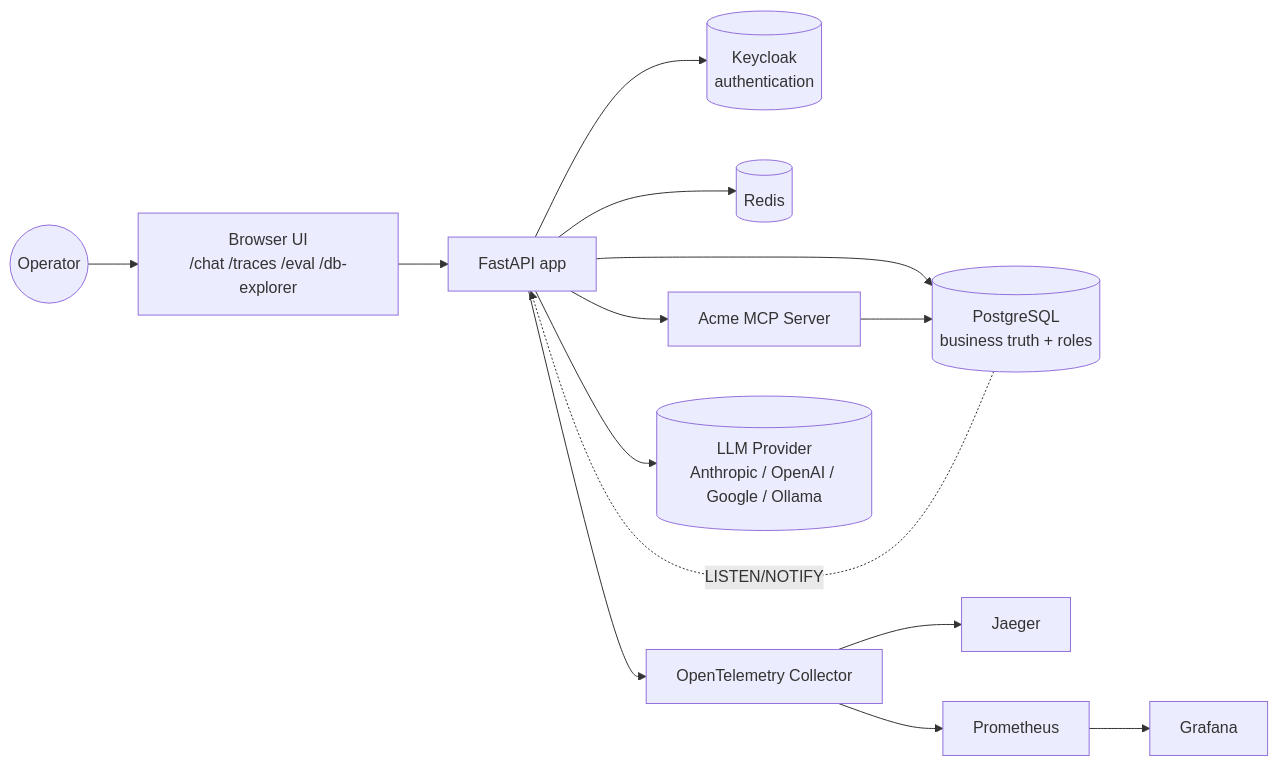
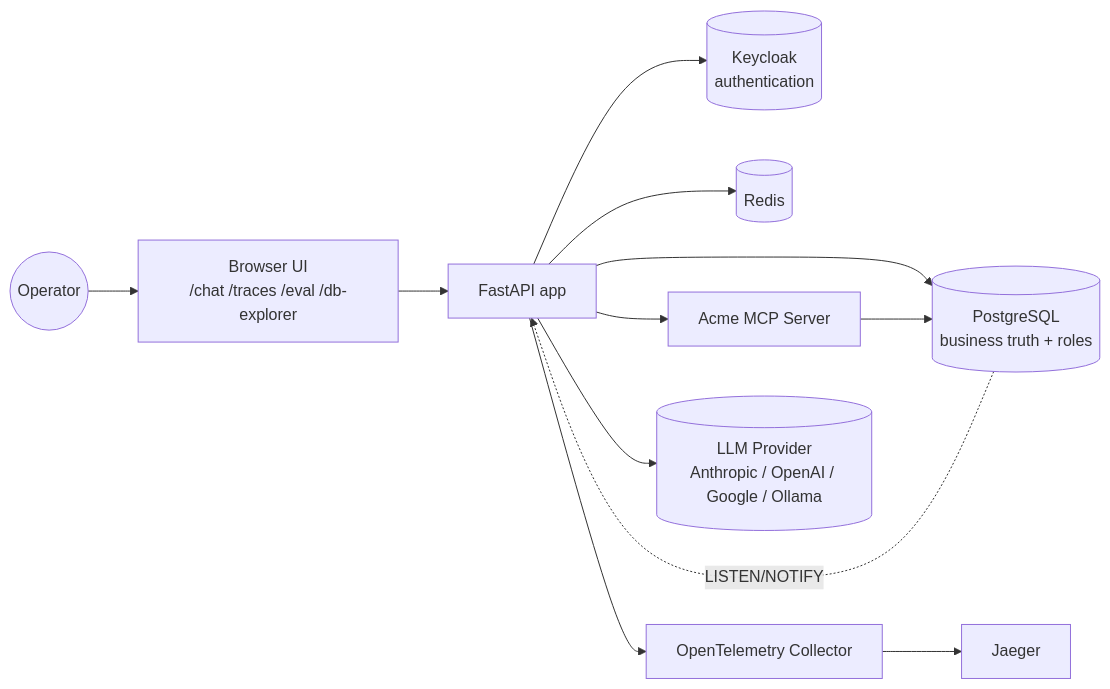
One commit to kvcom/ACME changed the first of 6 diagrams in ARCHITECTURE.md. Above: the diagram before and after it, drawn with Mermaid. The commit also changed other lines of this file and 74 other files, not shown here.

````diff
--- a/ARCHITECTURE.md
+++ b/ARCHITECTURE.md
@@ -5,16 +5,14 @@
 ```mermaid
 flowchart LR
     User((Operator)) --> UI[Browser UI<br/>/chat /traces /eval /db-explorer]
     UI --> App[FastAPI app]
     App --> KC[(Keycloak<br/>authentication)]
     App --> Postgres[(PostgreSQL<br/>business truth + roles)]
     App --> Redis[(Redis)]
     App --> MCP[Acme MCP Server]
     MCP --> Postgres
     App --> OTel[OpenTelemetry Collector]
     OTel --> Jaeger[Jaeger]
-    OTel --> Prom[Prometheus]
-    Prom --> Grafana[Grafana]
     App --> LLM[(LLM Provider<br/>Anthropic / OpenAI / Google / Ollama)]
     Postgres -. LISTEN/NOTIFY .-> App
 ```
````
